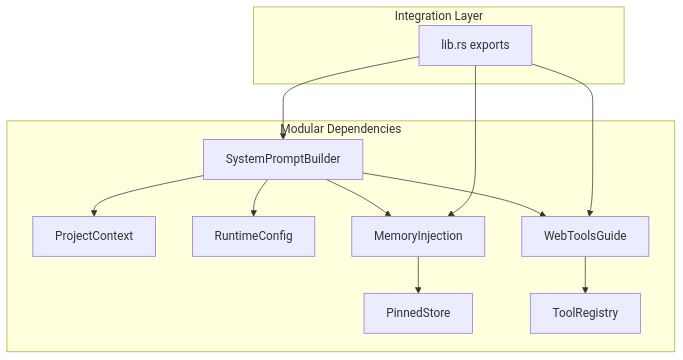
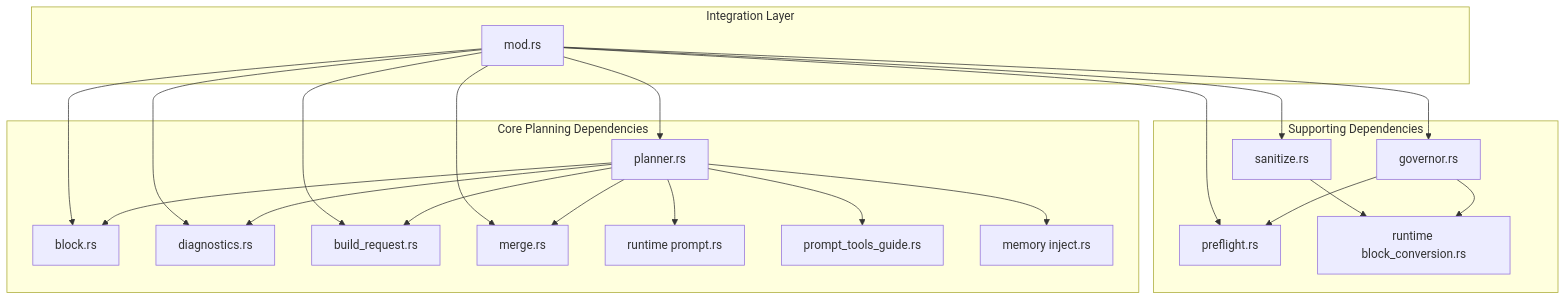
The sixth of 6 diagrams in .qoder/repowiki/en/content/Backend System (Rust)/Module Architecture & Design/Application Layer/Prompt Planner.md (novolei/if2Ai), drawn with Mermaid before and after one commit. The commit also changed other lines of this file and 124 other files, not shown here.

````diff
--- a/.qoder/repowiki/en/content/Backend System (Rust)/Module Architecture & Design/Application Layer/Prompt Planner.md
+++ b/.qoder/repowiki/en/content/Backend System (Rust)/Module Architecture & Design/Application Layer/Prompt Planner.md
@@ -317,16 +370,27 @@
 ```mermaid
 graph TB
-subgraph "Modular Dependencies"
-Builder["SystemPromptBuilder"] --> PC["ProjectContext"]
-Builder --> RC["RuntimeConfig"]
-Builder --> MI["MemoryInjection"]
-Builder --> WTG["WebToolsGuide"]
-MI --> PS["PinnedStore"]
-WTG --> TR["ToolRegistry"]
+subgraph "Core Planning Dependencies"
+Planner["planner.rs"] --> Block["block.rs"]
+Planner --> Diag["diagnostics.rs"]
+Planner --> BR["build_request.rs"]
+Planner --> Merge["merge.rs"]
+Planner --> Runtime["runtime prompt.rs"]
+Planner --> Tools["prompt_tools_guide.rs"]
+Planner --> Memory["memory inject.rs"]
+end
+subgraph "Supporting Dependencies"
+Governor["governor.rs"] --> Preflight["preflight.rs"]
+Governor --> RuntimeBC["runtime block_conversion.rs"]
+Sanitizer["sanitize.rs"] --> RuntimeBC
 end
 subgraph "Integration Layer"
-IL["lib.rs exports"] --> Builder
-IL --> MI
-IL --> WTG
+Mod["mod.rs"] --> Planner
+Mod --> Block
+Mod --> Diag
+Mod --> BR
+Mod --> Governor
+Mod --> Preflight
+Mod --> Sanitizer
+Mod --> Merge
 end
 ```
````
